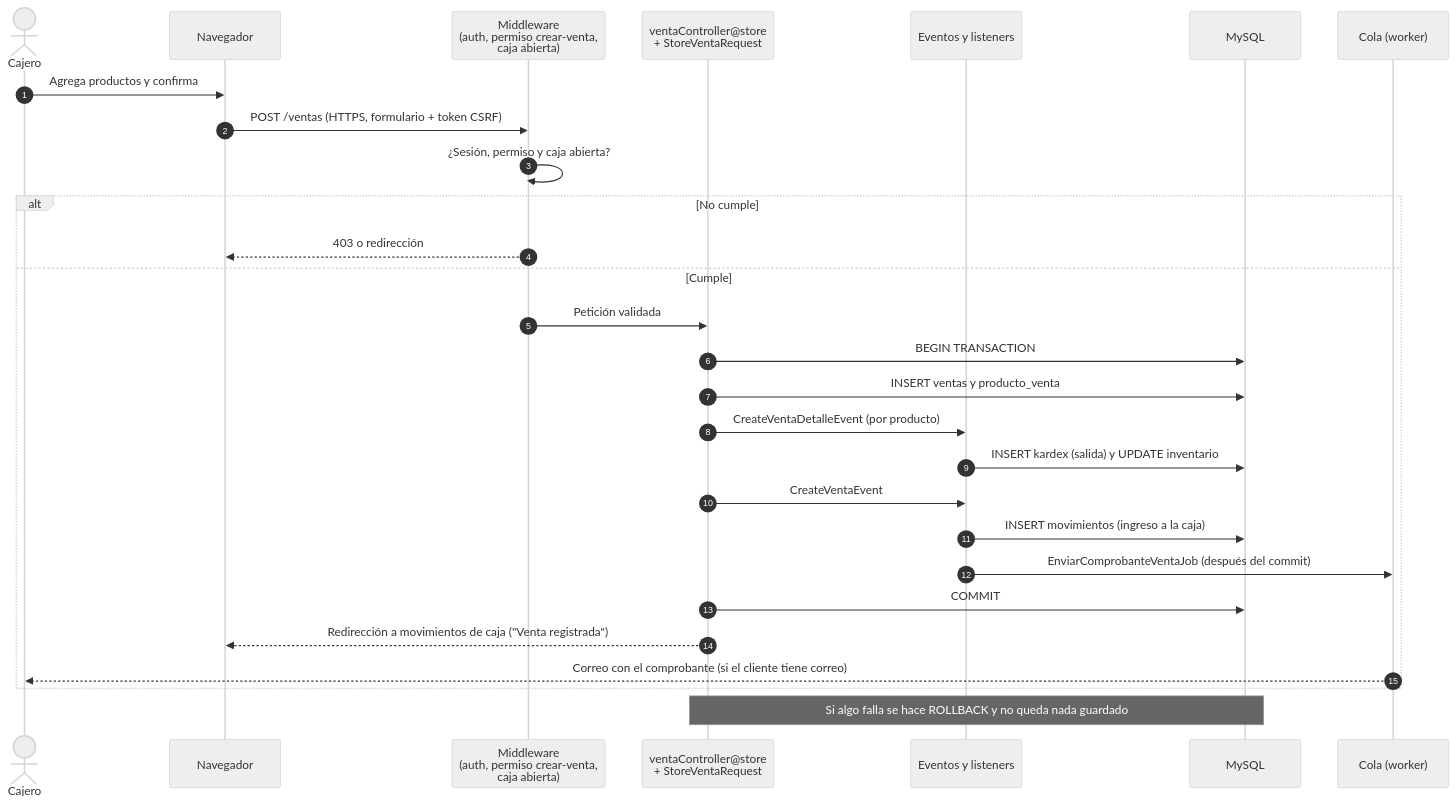
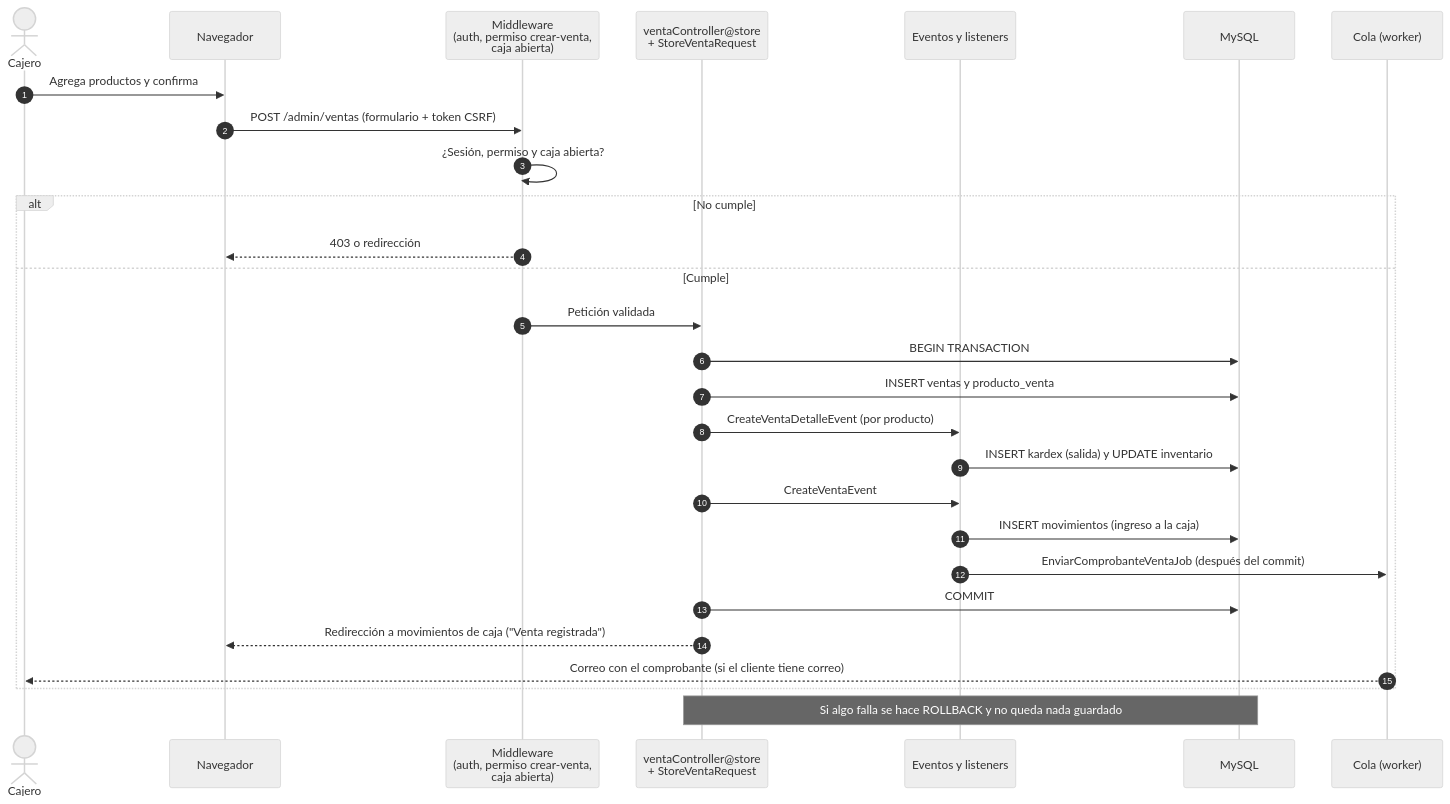
Before and after one commit to Ghost-sm/SistemaVentas: the fourth of 5 diagrams in docs/arquitectura.md, drawn with Mermaid (neutral theme). The commit also changed other lines of this file, not shown here.

Commit message:
docs: ajustar los diagramas a lo que existe en el código

````diff
--- a/docs/arquitectura.md
+++ b/docs/arquitectura.md
@@ -186,31 +182,31 @@
 ```mermaid
 sequenceDiagram
     autonumber
     actor C as Cajero
     participant N as Navegador
     participant MW as Middleware<br/>(auth, permiso crear-venta,<br/>caja abierta)
     participant VC as ventaController@store<br/>+ StoreVentaRequest
     participant EV as Eventos y listeners
     participant DB as MySQL
     participant Q as Cola (worker)
 
     C->>N: Agrega productos y confirma
-    N->>MW: POST /ventas (HTTPS, formulario + token CSRF)
+    N->>MW: POST /admin/ventas (formulario + token CSRF)
     MW->>MW: ¿Sesión, permiso y caja abierta?
     alt No cumple
         MW-->>N: 403 o redirección
     else Cumple
         MW->>VC: Petición validada
         VC->>DB: BEGIN TRANSACTION
         VC->>DB: INSERT ventas y producto_venta
         VC->>EV: CreateVentaDetalleEvent (por producto)
         EV->>DB: INSERT kardex (salida) y UPDATE inventario
         VC->>EV: CreateVentaEvent
         EV->>DB: INSERT movimientos (ingreso a la caja)
         EV->>Q: EnviarComprobanteVentaJob (después del commit)
         VC->>DB: COMMIT
         VC-->>N: Redirección a movimientos de caja ("Venta registrada")
         Q-->>C: Correo con el comprobante (si el cliente tiene correo)
     end
     Note over VC,DB: Si algo falla se hace ROLLBACK y no queda nada guardado
 ```
````
